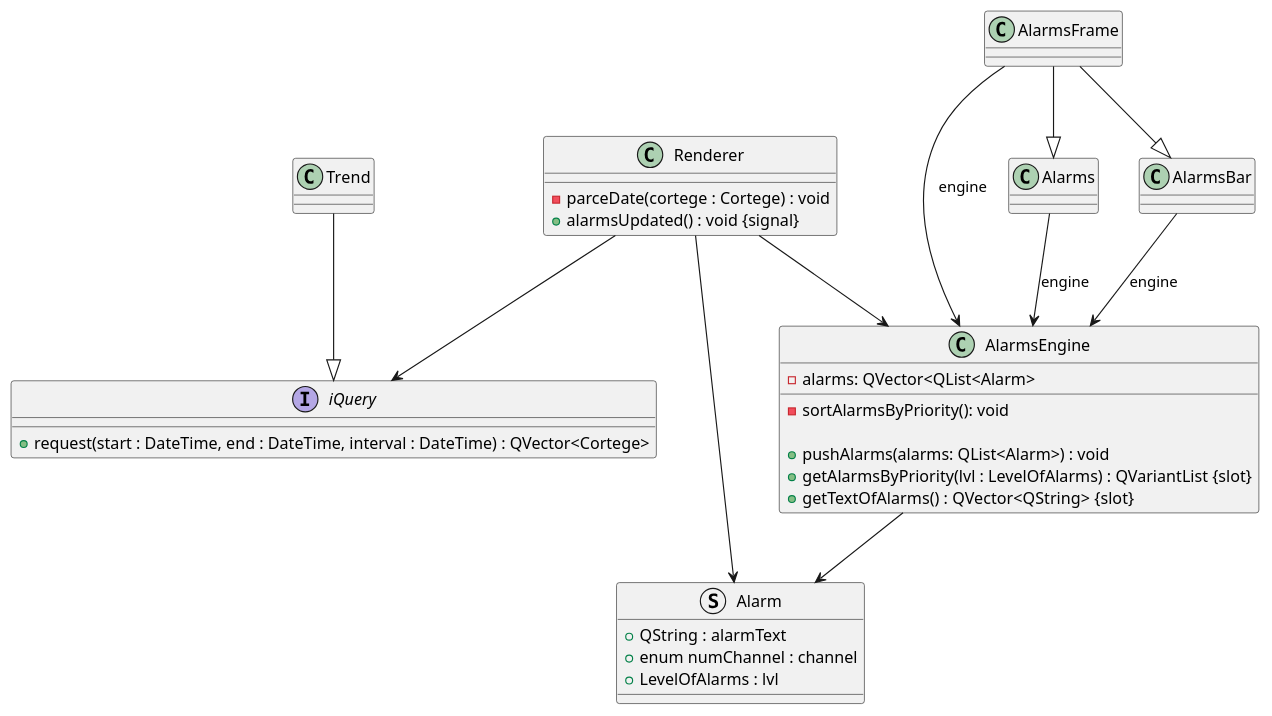
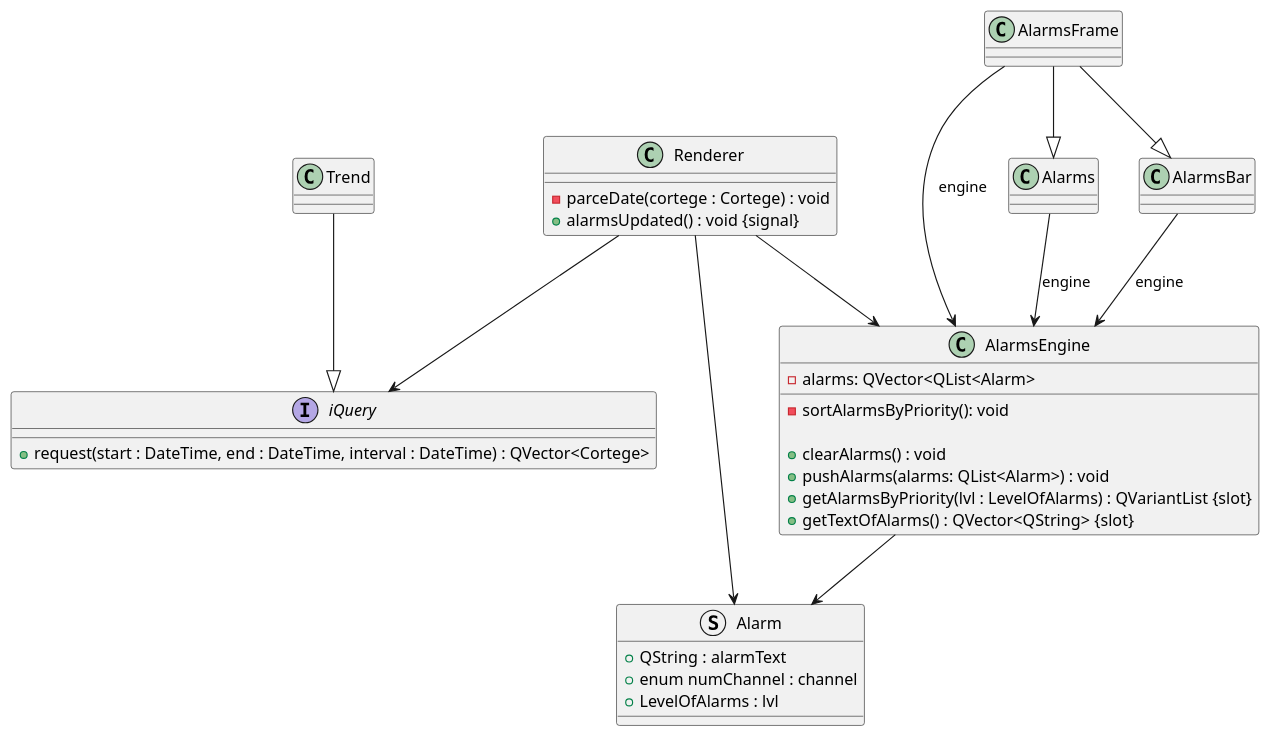
One commit to gpicugin/Diagrams changed the diagram in ClassDiagram.wsd. Above: the diagram before and after it, drawn with PlantUML. The commit also changed 1 other file, not shown here.

```diff
--- a/ClassDiagram.wsd
+++ b/ClassDiagram.wsd
@@ -1,56 +1,57 @@
 @startuml ClassDiagram
 
 class Renderer {
     - parceDate(cortege : Cortege) : void
     + alarmsUpdated() : void {signal}
 }
 
 interface iQuery {
     + request(start : DateTime, end : DateTime, interval : DateTime) : QVector<Cortege>
 }
 
 class AlarmsEngine {
     - alarms: QVector<QList<Alarm>
     - sortAlarmsByPriority(): void
 
+    + clearAlarms() : void
     + pushAlarms(alarms: QList<Alarm>) : void
     + getAlarmsByPriority(lvl : LevelOfAlarms) : QVariantList {slot}
     + getTextOfAlarms() : QVector<QString> {slot}
 }
 
 struct Alarm {
     + QString : alarmText
     + enum numChannel : channel
     + LevelOfAlarms : lvl
 }
 
 Renderer --> Alarm
 AlarmsEngine --> Alarm
 
 Renderer --> iQuery
 Trend --|> iQuery
 
 Renderer --> AlarmsEngine
 
 AlarmsFrame --|> Alarms
 Alarms --> AlarmsEngine : engine
 
 AlarmsFrame --> AlarmsEngine : engine
 
 AlarmsFrame --|> AlarmsBar
 AlarmsBar --> AlarmsEngine : engine
 
 
 
 
 
 
 
 
 
 
 
 
 
 
 @enduml
```
